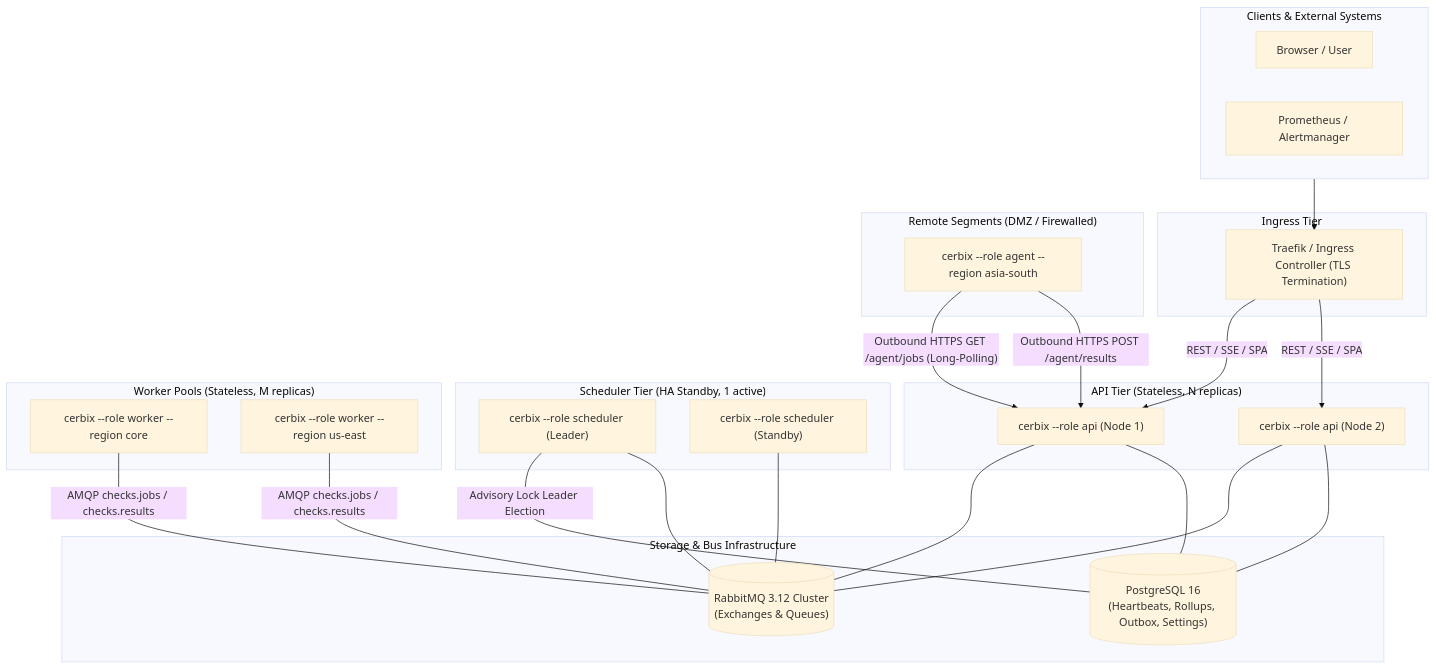
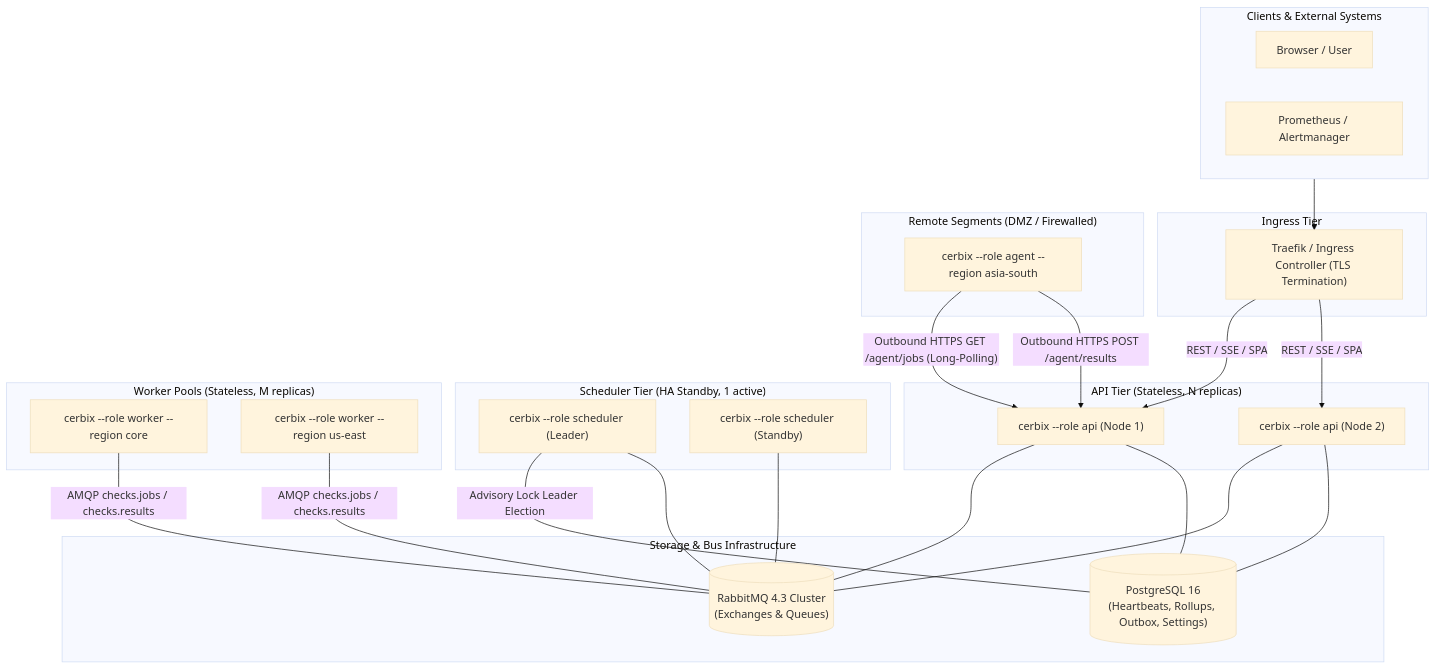
Before and after one commit to teamlead-com/cerbix: the second of 9 diagrams in docs/architecture.md, drawn with Mermaid (base theme). The commit also changed 13 other files, not shown here.

````diff
--- a/docs/architecture.md
+++ b/docs/architecture.md
@@ -30,50 +30,50 @@
 ```mermaid
 flowchart TB
     subgraph Clients["Clients & External Systems"]
         User["Browser / User"]
         Prom["Prometheus / Alertmanager"]
     end
 
     subgraph IngressTier["Ingress Tier"]
         LB["Traefik / Ingress Controller (TLS Termination)"]
     end
 
     subgraph APITier["API Tier (Stateless, N replicas)"]
         API1["cerbix --role api (Node 1)"]
         API2["cerbix --role api (Node 2)"]
     end
 
     subgraph SchedTier["Scheduler Tier (HA Standby, 1 active)"]
         SCH1["cerbix --role scheduler (Leader)"]
         SCH2["cerbix --role scheduler (Standby)"]
     end
 
     subgraph WorkerTier["Worker Pools (Stateless, M replicas)"]
         W1["cerbix --role worker --region core"]
         W2["cerbix --role worker --region us-east"]
     end
 
     subgraph RemoteGeo["Remote Segments (DMZ / Firewalled)"]
         AGT1["cerbix --role agent --region asia-south"]
     end
 
     subgraph InfraTier["Storage & Bus Infrastructure"]
-        MQ[("RabbitMQ 3.12 Cluster<br/>(Exchanges & Queues)")]
+        MQ[("RabbitMQ 4.3 Cluster<br/>(Exchanges & Queues)")]
         PG[("PostgreSQL 16<br/>(Heartbeats, Rollups, Outbox, Settings)")]
     end
 
     Clients --> LB
     LB -->|REST / SSE / SPA| API1
     LB -->|REST / SSE / SPA| API2
 
     API1 & API2 --- MQ
     API1 & API2 --- PG
 
     SCH1 ---|Advisory Lock Leader Election| PG
     SCH1 & SCH2 --- MQ
 
     W1 & W2 ---|AMQP checks.jobs / checks.results| MQ
 
     AGT1 -->|"Outbound HTTPS GET /agent/jobs (Long-Polling)"| API1
     AGT1 -->|Outbound HTTPS POST /agent/results| API1
 ```
````
